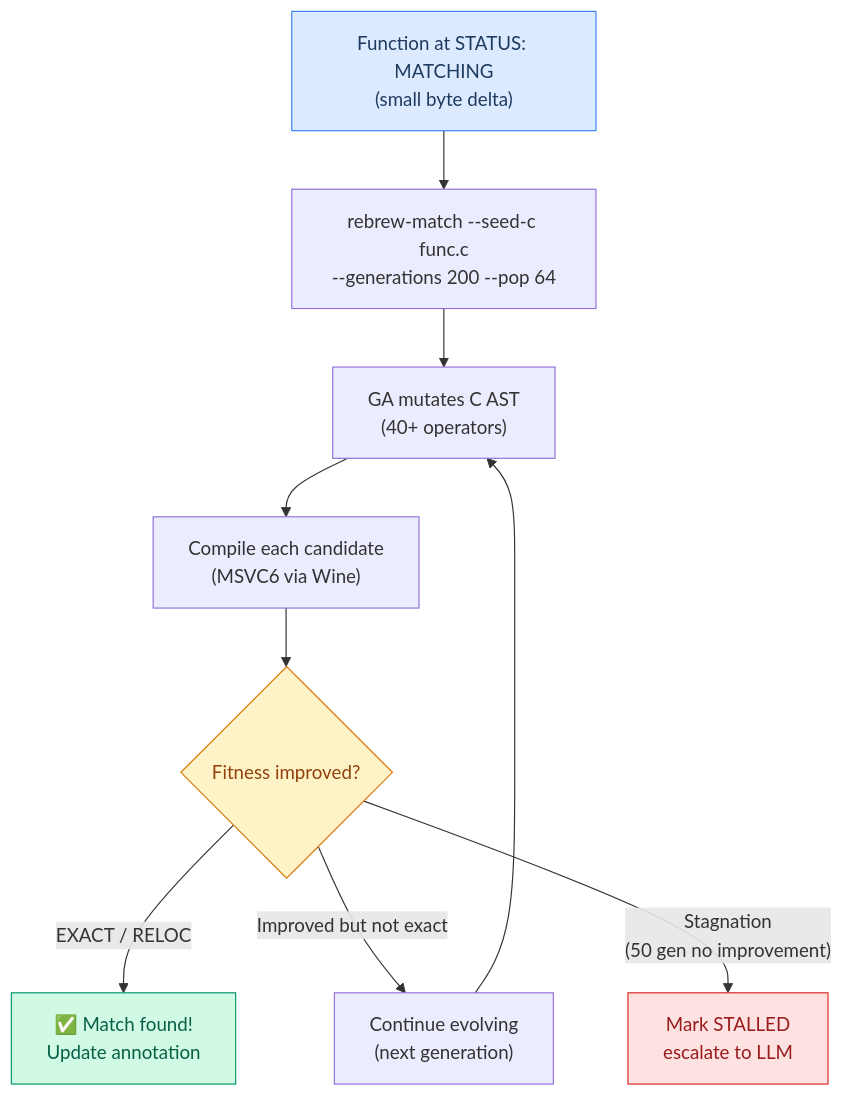
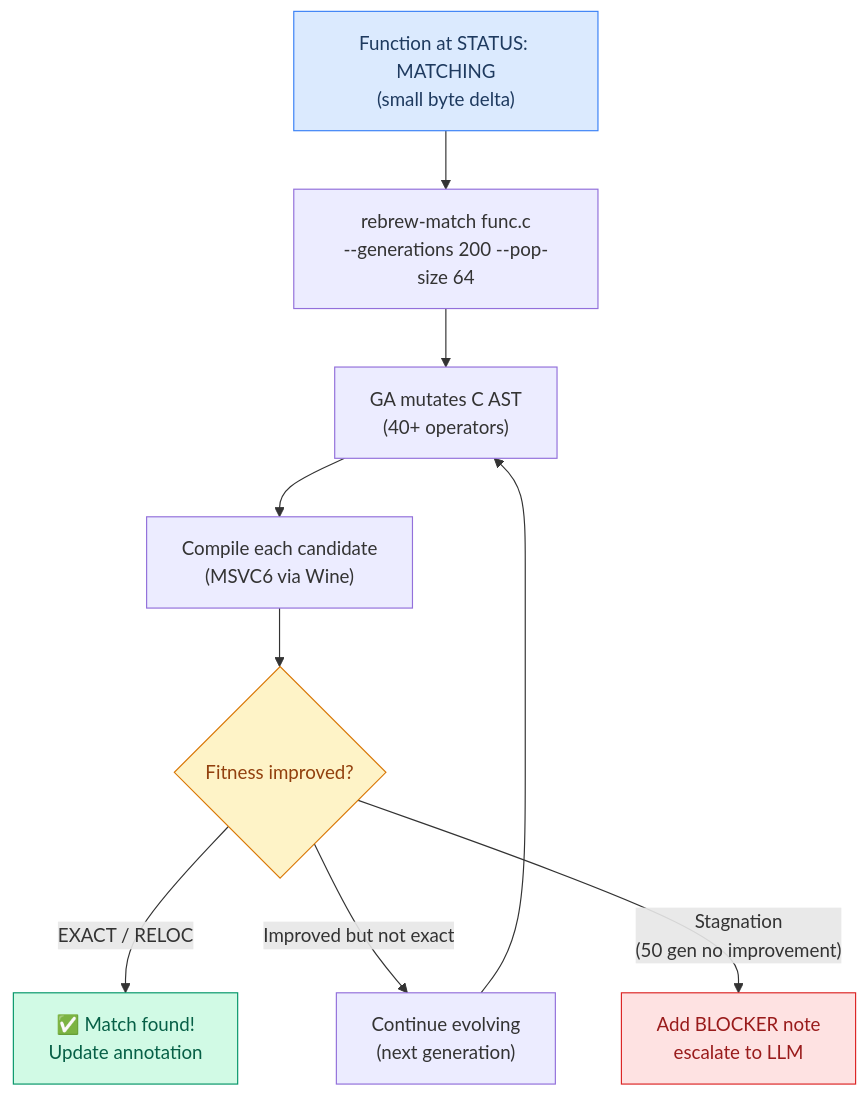
Before and after one commit to maci0/rebrew: the fifth of 16 diagrams in docs/USER_STORIES.md, drawn with Mermaid. The commit also changed other lines of this file and 10 other files, not shown here.

````diff
--- a/docs/USER_STORIES.md
+++ b/docs/USER_STORIES.md
@@ -143,16 +155,16 @@
 ```mermaid
 graph TD
-    A["Function at STATUS: MATCHING<br/>(small byte delta)"] --> B["rebrew-match --seed-c func.c<br/>--generations 200 --pop 64"]
+    A["Function at STATUS: MATCHING<br/>(small byte delta)"] --> B["rebrew-match func.c<br/>--generations 200 --pop-size 64"]
     B --> C["GA mutates C AST<br/>(40+ operators)"]
     C --> D["Compile each candidate<br/>(MSVC6 via Wine)"]
     D --> E{"Fitness improved?"}
     E -->|"EXACT / RELOC"| F["✅ Match found!<br/>Update annotation"]
     E -->|"Improved but not exact"| G["Continue evolving<br/>(next generation)"]
-    E -->|"Stagnation<br/>(50 gen no improvement)"| H["Mark STALLED<br/>escalate to LLM"]
+    E -->|"Stagnation<br/>(50 gen no improvement)"| H["Add BLOCKER note<br/>escalate to LLM"]
     G --> C
 
     style A fill:#dbeafe,stroke:#3b82f6,color:#1e3a5f
     style F fill:#d1fae5,stroke:#059669,color:#065f46
     style H fill:#fee2e2,stroke:#dc2626,color:#991b1b
     style E fill:#fef3c7,stroke:#d97706,color:#92400e
 ```
````
